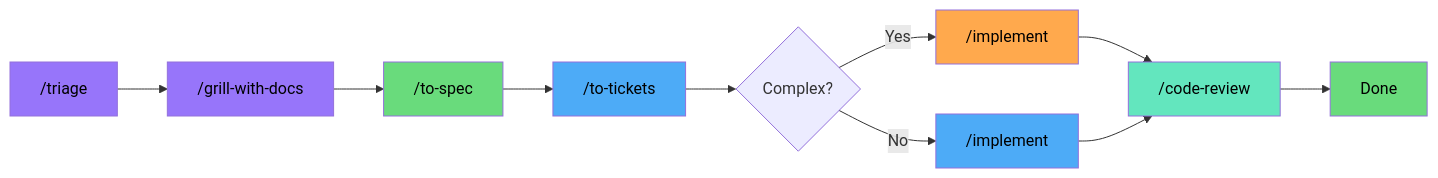
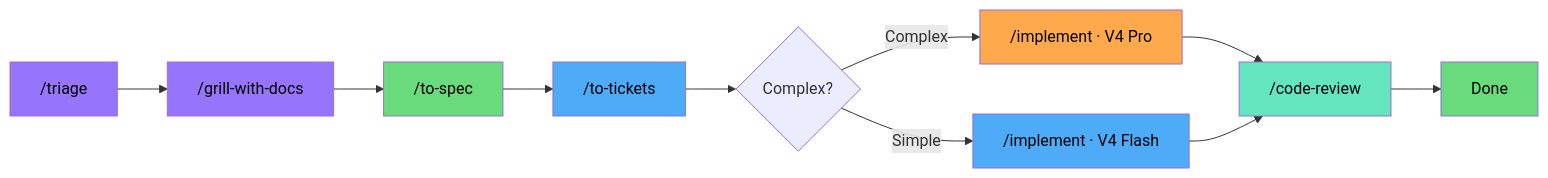
Before and after one commit to elisharkray1030/ai-coding-workflow: the first of 12 diagrams in README.md, drawn with Mermaid. The commit also changed other lines of this file, not shown here.

First line of the commit message:
refactor: Wayfinder depth, triage state machine, routing feedback, Mermaid fixes, collapsible sections

````diff
--- a/README.md
+++ b/README.md
@@ -35,27 +36,27 @@
 ```mermaid
 graph LR
     TR[ /triage] --> IN[ /grill-with-docs]
     IN --> SP[ /to-spec]
     SP --> TK[ /to-tickets]
     TK --> D{Complex?}
-    D -->|Yes| IC[ /implement]
-    D -->|No| IS[ /implement]
+    D -->|Complex| IC[ /implement · V4 Pro]
+    D -->|Simple| IS[ /implement · V4 Flash]
     IC --> CR[ /code-review]
     IS --> CR
     CR --> DN[Done]
 
     classDef purple fill:#9775fa,color:#000
     classDef green fill:#69db7c,color:#000
     classDef blue fill:#4dabf7,color:#000
     classDef orange fill:#ffa94d,color:#000
     classDef teal fill:#63e6be,color:#000
     classDef yellow fill:#fcc419,color:#000
     classDef red fill:#ff8787,color:#000
 
     class TR,IN purple
     class SP green
     class TK,IS blue
     class IC orange
     class CR teal
     class DN green
 ```
````
